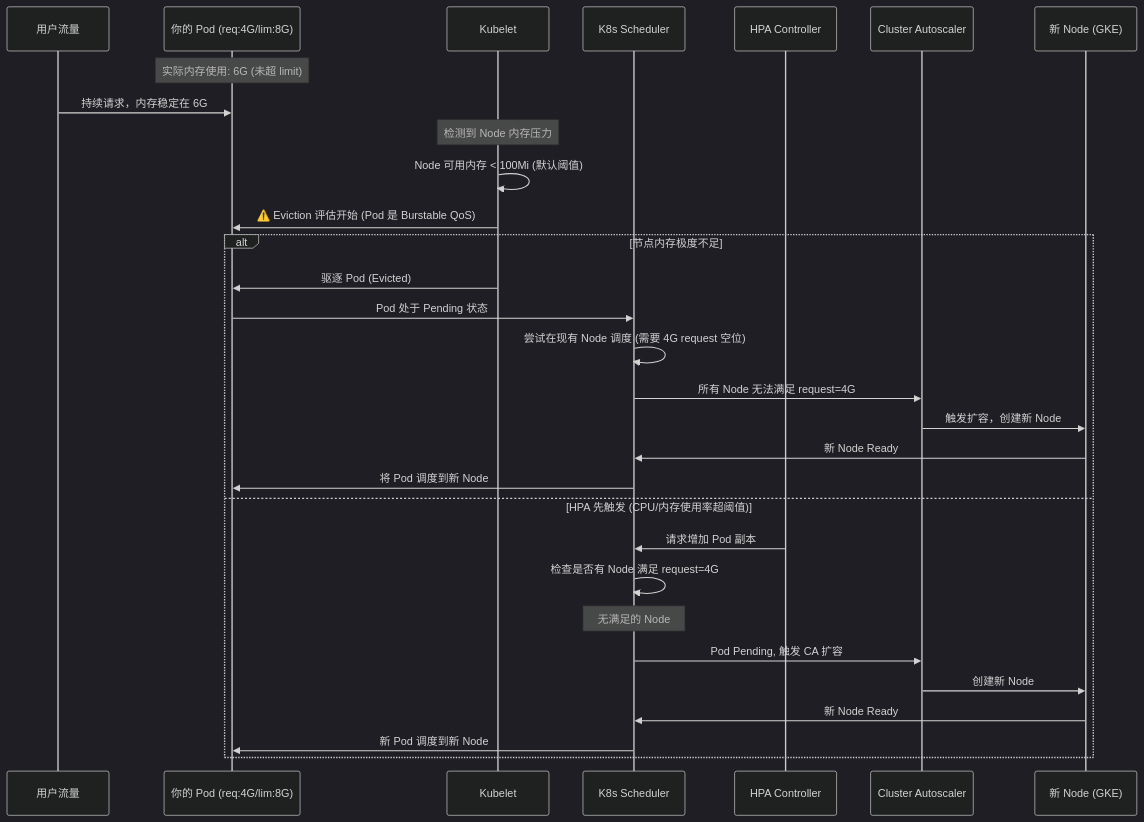
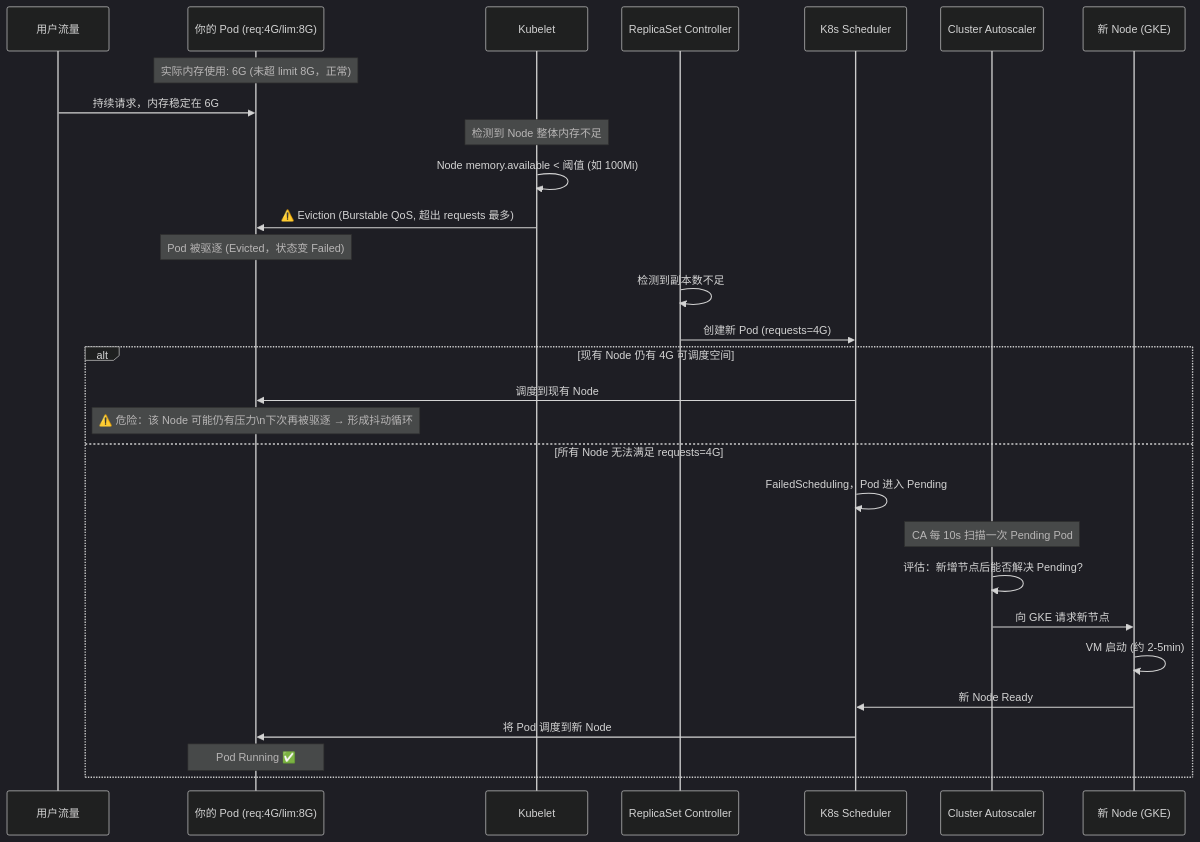
Before and after one commit to aibangjuxin/knowledge: the third of 6 diagrams in k8s/docs/k8s-scale/k8s-resouce-autoscale.md, drawn with Mermaid (dark theme). The commit also changed other lines of this file, not shown here.

````diff
--- a/k8s/docs/k8s-scale/k8s-resouce-autoscale.md
+++ b/k8s/docs/k8s-scale/k8s-resouce-autoscale.md
@@ -123,36 +127,35 @@
 ```mermaid
 sequenceDiagram
     participant User as 用户流量
     participant Pod as 你的 Pod (req:4G/lim:8G)
     participant Kubelet as Kubelet
+    participant RS as ReplicaSet Controller
     participant Scheduler as K8s Scheduler
-    participant HPA as HPA Controller
     participant CA as Cluster Autoscaler
-    participant Node as 新 Node (GKE)
+    participant NewNode as 新 Node (GKE)
 
-    Note over Pod: 实际内存使用: 6G (未超 limit)
+    Note over Pod: 实际内存使用: 6G (未超 limit 8G，正常)
     User ->> Pod: 持续请求，内存稳定在 6G
 
-    Note over Kubelet: 检测到 Node 内存压力
-    Kubelet ->> Kubelet: Node 可用内存 < 100Mi (默认阈值)
-    Kubelet ->> Pod: ⚠️ Eviction 评估开始 (Pod 是 Burstable QoS)
+    Note over Kubelet: 检测到 Node 整体内存不足
+    Kubelet ->> Kubelet: Node memory.available < 阈值 (如 100Mi)
+    Kubelet ->> Pod: ⚠️ Eviction (Burstable QoS, 超出 requests 最多)
+    Note over Pod: Pod 被驱逐 (Evicted，状态变 Failed)
 
-    alt 节点内存极度不足
-        Kubelet ->> Pod: 驱逐 Pod (Evicted)
-        Pod ->> Scheduler: Pod 处于 Pending 状态
-        Scheduler ->> Scheduler: 尝试在现有 Node 调度 (需要 4G request 空位)
-        Scheduler ->> CA: 所有 Node 无法满足 request=4G
-        CA ->> Node: 触发扩容，创建新 Node
-        Node ->> Scheduler: 新 Node Ready
+    RS ->> RS: 检测到副本数不足
+    RS ->> Scheduler: 创建新 Pod (requests=4G)
+
+    alt 现有 Node 仍有 4G 可调度空间
+        Scheduler ->> Pod: 调度到现有 Node
+        Note over Pod: ⚠️ 危险：该 Node 可能仍有压力\n下次再被驱逐 → 形成抖动循环
+    else 所有 Node 无法满足 requests=4G
+        Scheduler ->> Scheduler: FailedScheduling，Pod 进入 Pending
+        Note over CA: CA 每 10s 扫描一次 Pending Pod
+        CA ->> CA: 评估：新增节点后能否解决 Pending?
+        CA ->> NewNode: 向 GKE 请求新节点
+        NewNode ->> NewNode: VM 启动 (约 2-5min)
+        NewNode ->> Scheduler: 新 Node Ready
         Scheduler ->> Pod: 将 Pod 调度到新 Node
-
-    else HPA 先触发 (CPU/内存使用率超阈值)
-        HPA ->> Scheduler: 请求增加 Pod 副本
-        Scheduler ->> Scheduler: 检查是否有 Node 满足 request=4G
-        Note over Scheduler: 无满足的 Node
-        Scheduler ->> CA: Pod Pending, 触发 CA 扩容
-        CA ->> Node: 创建新 Node
-        Node ->> Scheduler: 新 Node Ready
-        Scheduler ->> Pod: 新 Pod 调度到新 Node
+        Note over Pod: Pod Running ✅
     end
 ```
````
